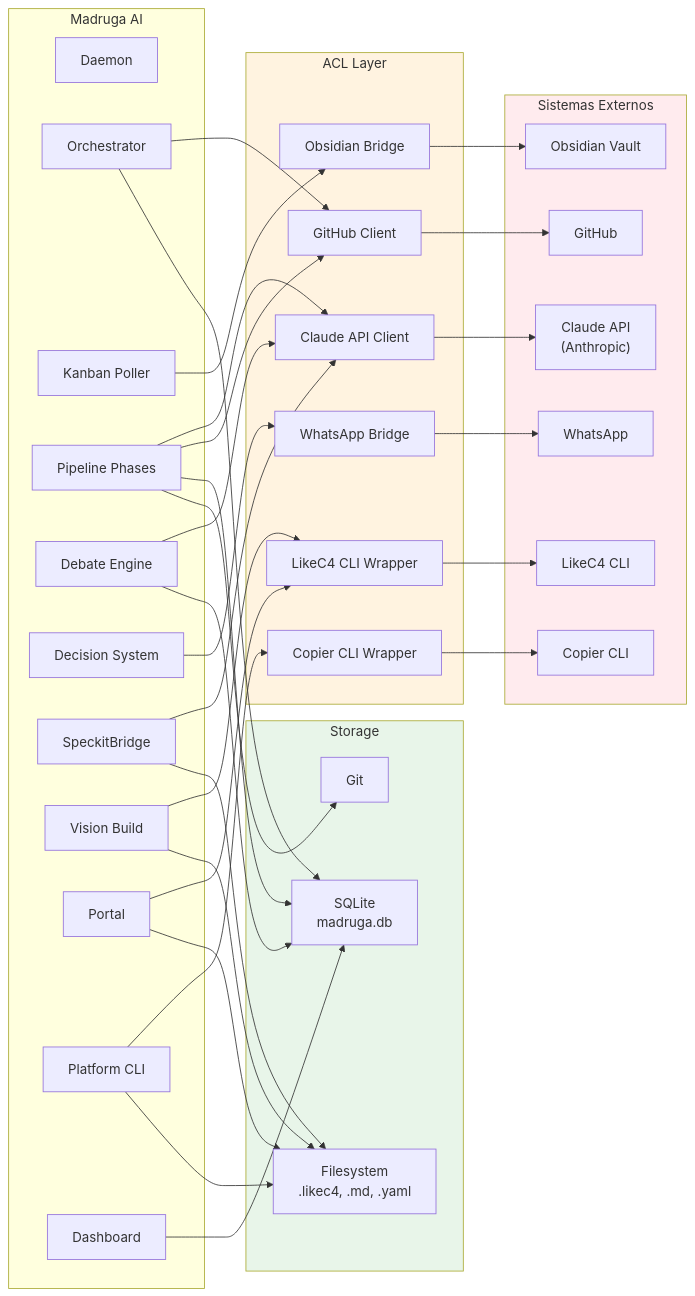
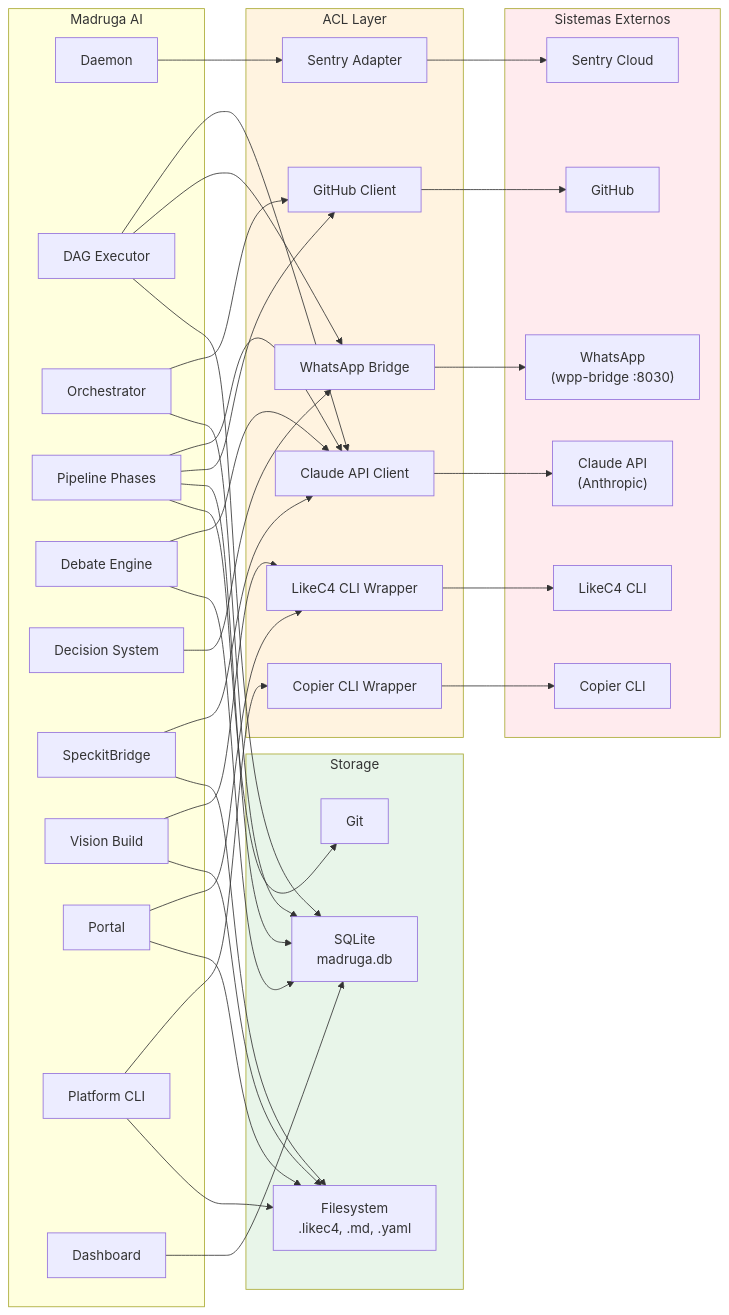
Before and after one commit to paceautomations/madruga.ai: the diagram in platforms/madruga-ai/engineering/integrations.md, drawn with Mermaid. The commit also changed other lines of this file and 7 other files, not shown here.

First line of the commit message:
feat: update LikeC4 model and engineering docs — remove Obsidian, add DAG Executor + Sentry

````diff
--- a/platforms/madruga-ai/engineering/integrations.md
+++ b/platforms/madruga-ai/engineering/integrations.md
@@ -11,77 +11,80 @@
 ```mermaid
 graph LR
     subgraph madruga["Madruga AI"]
         daemon["Daemon"]
+        dag["DAG Executor"]
         orchestrator["Orchestrator"]
-        poller["Kanban Poller"]
         pipeline["Pipeline Phases"]
         debate["Debate Engine"]
         decisions["Decision System"]
         bridge["SpeckitBridge"]
         vision["Vision Build"]
         portal["Portal"]
         pcli["Platform CLI"]
         dashboard["Dashboard"]
     end
 
     subgraph acl["ACL Layer"]
         claude_acl["Claude API Client"]
-        obsidian_acl["Obsidian Bridge"]
         github_acl["GitHub Client"]
         whatsapp_acl["WhatsApp Bridge"]
         likec4_acl["LikeC4 CLI Wrapper"]
         copier_acl["Copier CLI Wrapper"]
+        sentry_acl["Sentry Adapter"]
     end
 
     subgraph external["Sistemas Externos"]
         claude["Claude API<br/>(Anthropic)"]
-        obsidian["Obsidian Vault"]
         github["GitHub"]
-        whatsapp["WhatsApp"]
+        whatsapp["WhatsApp<br/>(wpp-bridge :8030)"]
         likec4["LikeC4 CLI"]
         copier["Copier CLI"]
+        sentry["Sentry Cloud"]
     end
 
     subgraph storage["Storage"]
         sqlite["SQLite<br/>madruga.db"]
         fs["Filesystem<br/>.likec4, .md, .yaml"]
         git["Git"]
     end
 
     pipeline --> claude_acl
     debate --> claude_acl
     bridge --> claude_acl
+    dag --> claude_acl
     claude_acl --> claude
-
-    poller --> obsidian_acl
-    obsidian_acl --> obsidian
 
     orchestrator --> github_acl
     pipeline --> github_acl
     github_acl --> github
 
+    dag --> whatsapp_acl
     decisions --> whatsapp_acl
     whatsapp_acl --> whatsapp
 
     vision --> likec4_acl
     portal --> likec4_acl
     likec4_acl --> likec4
 
     pcli --> copier_acl
     copier_acl --> copier
 
+    daemon --> sentry_acl
+    sentry_acl --> sentry
+
     orchestrator --> sqlite
     pipeline --> sqlite
     dashboard --> sqlite
     debate --> sqlite
+    dag --> sqlite
 
     portal --> fs
     vision --> fs
     pcli --> fs
     bridge --> fs
     pipeline --> git
 
     style acl fill:#FFF3E0
     style external fill:#FFEBEE
     style storage fill:#E8F5E9
 ```
````
